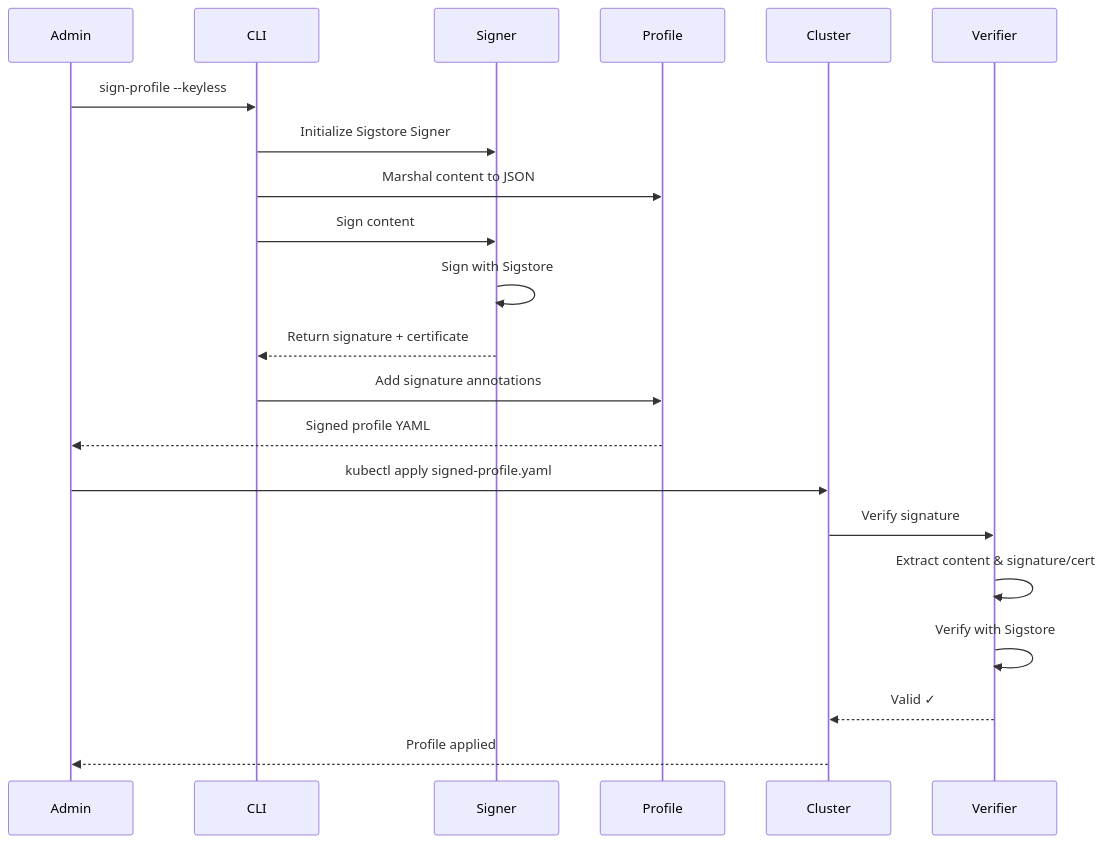
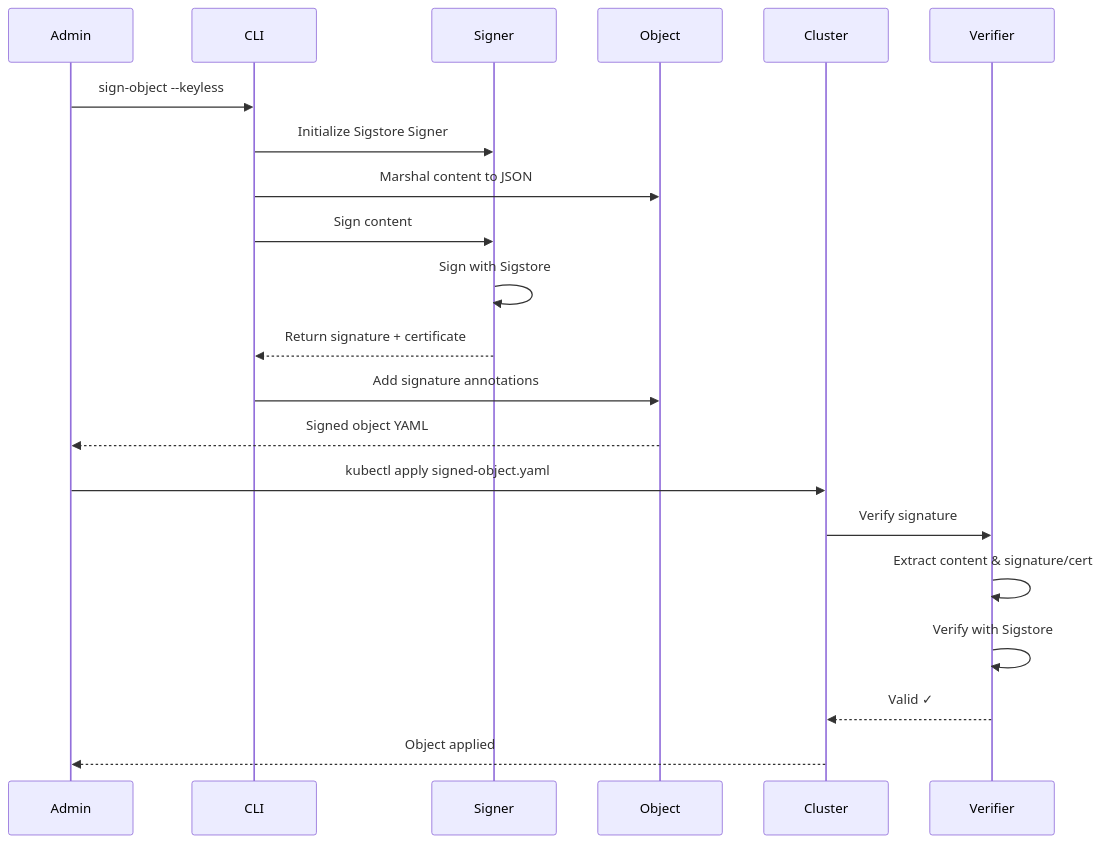
The diagram in docs/signing/README.md (kubescape/node-agent), drawn with Mermaid before and after one commit. The commit also changed other lines of this file and 1 other file, not shown here.

````diff
--- a/docs/signing/README.md
+++ b/docs/signing/README.md
@@ -411,25 +437,25 @@
 ```mermaid
 sequenceDiagram
     participant Admin
     participant CLI
     participant Signer
-    participant Profile
+    participant Object
     participant Cluster
     participant Verifier
 
-    Admin->>CLI: sign-profile --keyless
+    Admin->>CLI: sign-object --keyless
     CLI->>Signer: Initialize Sigstore Signer
-    CLI->>Profile: Marshal content to JSON
+    CLI->>Object: Marshal content to JSON
     CLI->>Signer: Sign content
     Signer->>Signer: Sign with Sigstore
     Signer-->>CLI: Return signature + certificate
-    CLI->>Profile: Add signature annotations
-    Profile-->>Admin: Signed profile YAML
+    CLI->>Object: Add signature annotations
+    Object-->>Admin: Signed object YAML
 
-    Admin->>Cluster: kubectl apply signed-profile.yaml
+    Admin->>Cluster: kubectl apply signed-object.yaml
     Cluster->>Verifier: Verify signature
     Verifier->>Verifier: Extract content & signature/cert
     Verifier->>Verifier: Verify with Sigstore
     Verifier-->>Cluster: Valid ✓
-    Cluster-->>Admin: Profile applied
+    Cluster-->>Admin: Object applied
 ```
````
